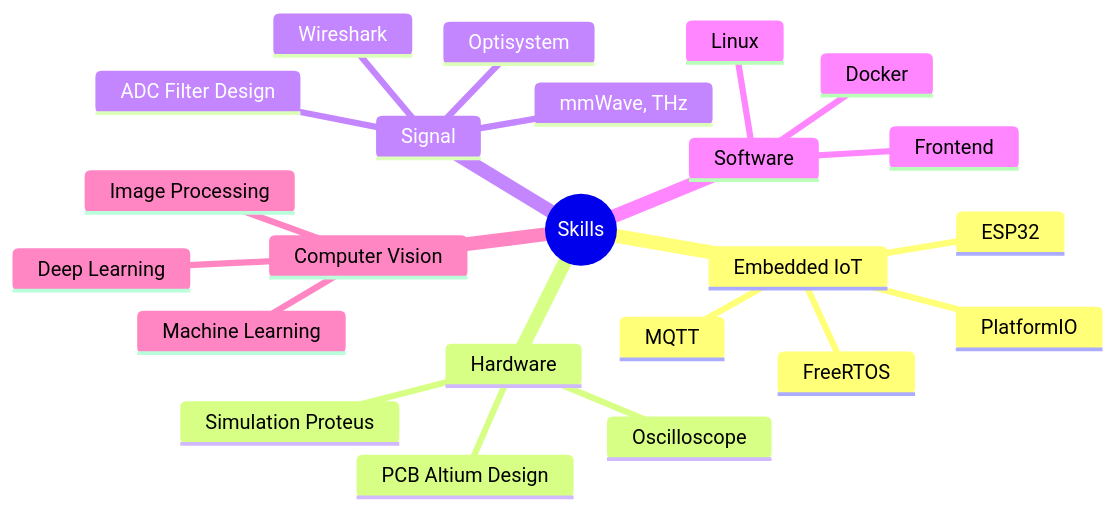
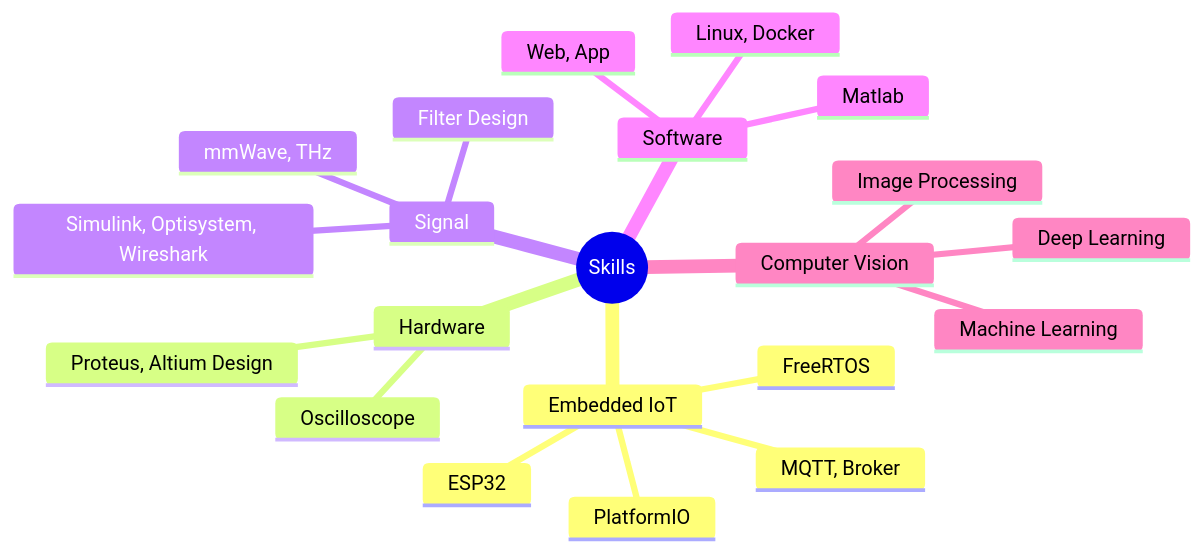
The diagram in README.md (bathanh0309/bathanh0309), drawn with Mermaid before and after one commit.

````diff
--- a/README.md
+++ b/README.md
@@ -140,26 +140,24 @@
 ```mermaid
 mindmap
   root((Skills))
     Embedded IoT
-      MQTT
+      MQTT, Broker
       ESP32
       FreeRTOS
       PlatformIO
     Hardware
-      Simulation Proteus
-      PCB Altium Design
+      Proteus, Altium Design
       Oscilloscope
     Signal
       mmWave, THz
-      ADC Filter Design
-      Optisystem
-      Wireshark
+      Filter Design
+      Simulink, Optisystem, Wireshark
     Software
-      Linux
-      Docker
-      Frontend
+      Matlab
+      Linux, Docker
+      Web, App
     Computer Vision
       Machine Learning
       Deep Learning
       Image Processing
 ```
````
